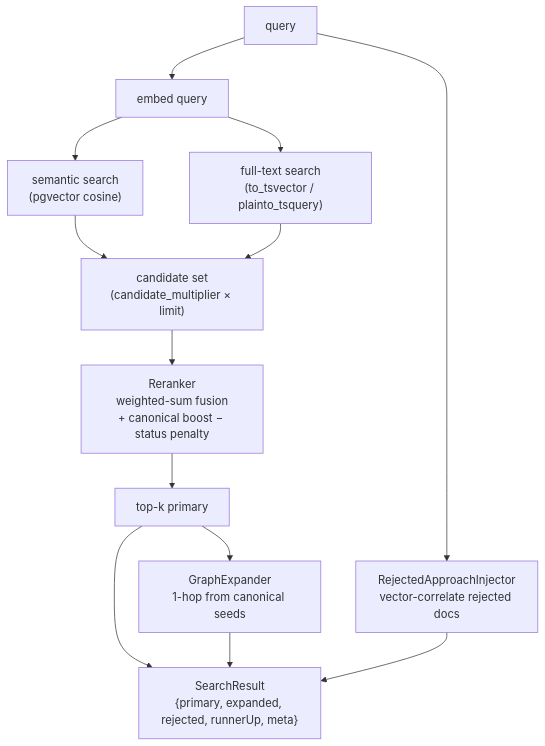
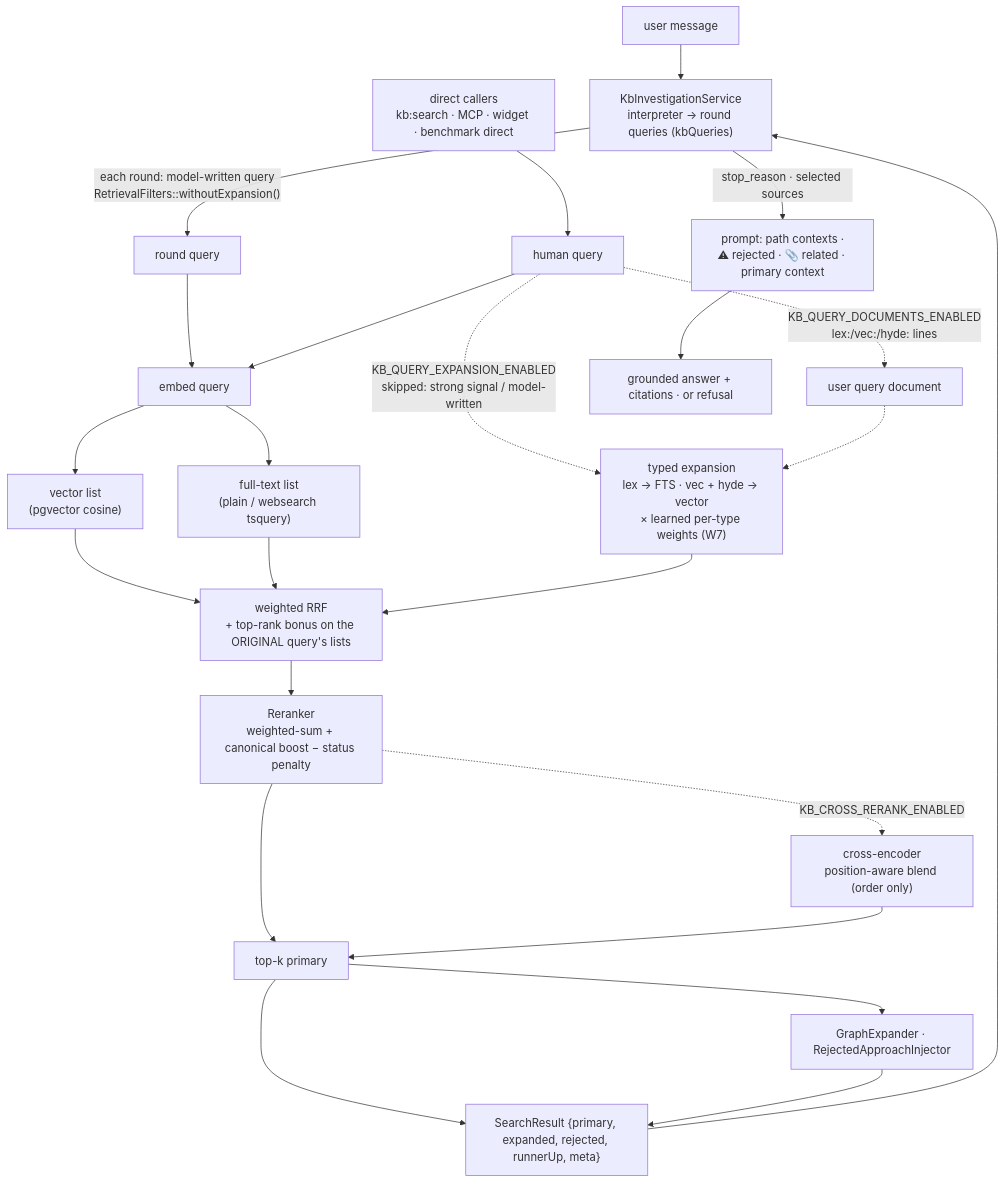
Before and after one commit to lopadova/AskMyDocs: the first of 4 diagrams in docs-site/architecture/retrieval-pipeline.mdx, drawn with Mermaid. The commit also changed other lines of this file and 18 other files, not shown here.

````diff
--- a/docs-site/architecture/retrieval-pipeline.mdx
+++ b/docs-site/architecture/retrieval-pipeline.mdx
@@ -35,12 +40,24 @@
 ```mermaid
 flowchart TB
-    Q[query] --> EMB[embed query]
-    EMB --> SEM["semantic search<br/>(pgvector cosine)"]
-    EMB --> FTS["full-text search<br/>(to_tsvector / plainto_tsquery)"]
-    SEM & FTS --> CAND["candidate set<br/>(candidate_multiplier × limit)"]
-    CAND --> RR["Reranker<br/>weighted-sum fusion<br/>+ canonical boost − status penalty"]
-    RR --> TOPK["top-k primary"]
-    TOPK --> GE["GraphExpander<br/>1-hop from canonical seeds"]
-    Q --> RIA["RejectedApproachInjector<br/>vector-correlate rejected docs"]
-    TOPK & GE & RIA --> SR["SearchResult<br/>{primary, expanded, rejected, runnerUp, meta}"]
+    U[user message] --> INV["KbInvestigationService<br/>interpreter → round queries (kbQueries)"]
+    INV -->|"each round: model-written query<br/>RetrievalFilters::withoutExpansion()"| Q[round query]
+    D[direct callers<br/>kb:search · MCP · widget · benchmark direct] --> Q2[human query]
+    Q2 -.->|"KB_QUERY_DOCUMENTS_ENABLED<br/>lex:/vec:/hyde: lines"| UQD[user query document]
+    Q --> EMB[embed query]
+    Q2 --> EMB
+    EMB --> SEM["vector list<br/>(pgvector cosine)"]
+    EMB --> FTS["full-text list<br/>(plain / websearch tsquery)"]
+    Q2 -.->|"KB_QUERY_EXPANSION_ENABLED<br/>skipped: strong signal / model-written"| QE["typed expansion<br/>lex → FTS · vec + hyde → vector<br/>× learned per-type weights (W7)"]
+    UQD -.-> QE
+    SEM & FTS & QE --> FUSE["weighted RRF<br/>+ top-rank bonus on the ORIGINAL query's lists"]
+    FUSE --> RR["Reranker<br/>weighted-sum + canonical boost − status penalty"]
+    RR -.->|KB_CROSS_RERANK_ENABLED| CE["cross-encoder<br/>position-aware blend (order only)"]
+    RR --> TOPK[top-k primary]
+    CE --> TOPK
+    TOPK --> GE["GraphExpander · RejectedApproachInjector"]
+    TOPK --> SR["SearchResult {primary, expanded, rejected, runnerUp, meta}"]
+    GE --> SR
+    SR --> INV
+    INV -->|"stop_reason · selected sources"| PC["prompt: path contexts ·<br/>⚠ rejected · 📎 related · primary context"]
+    PC --> ANS[grounded answer + citations · or refusal]
 ```
````
